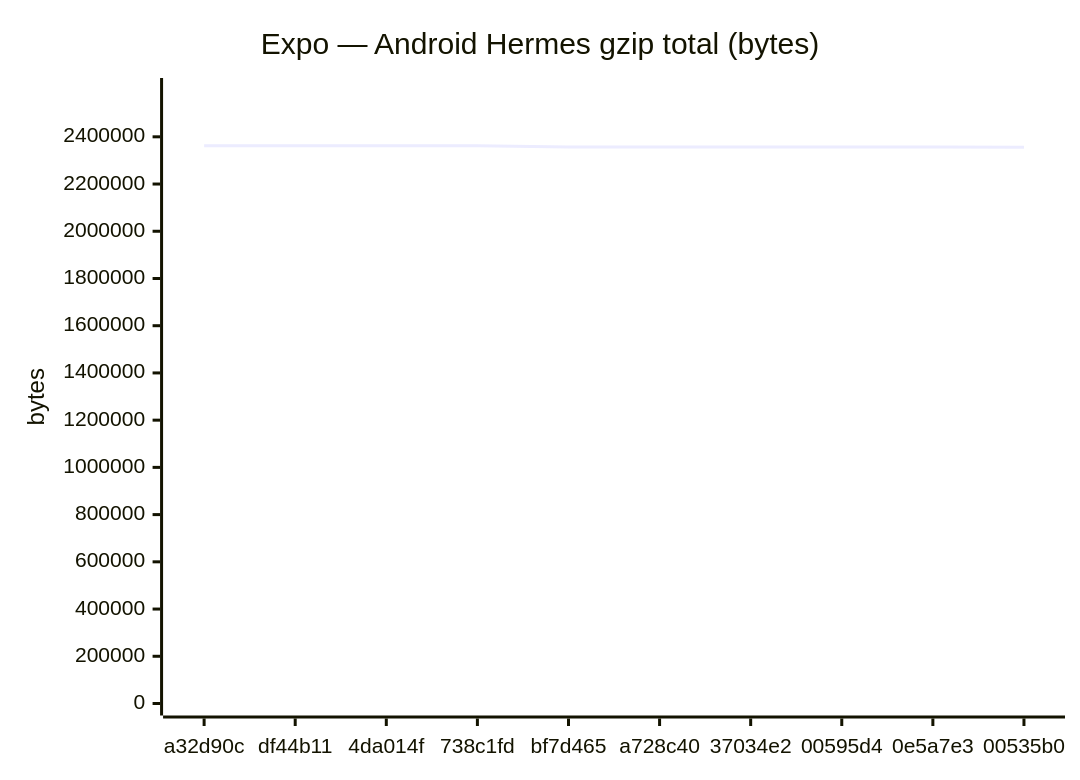
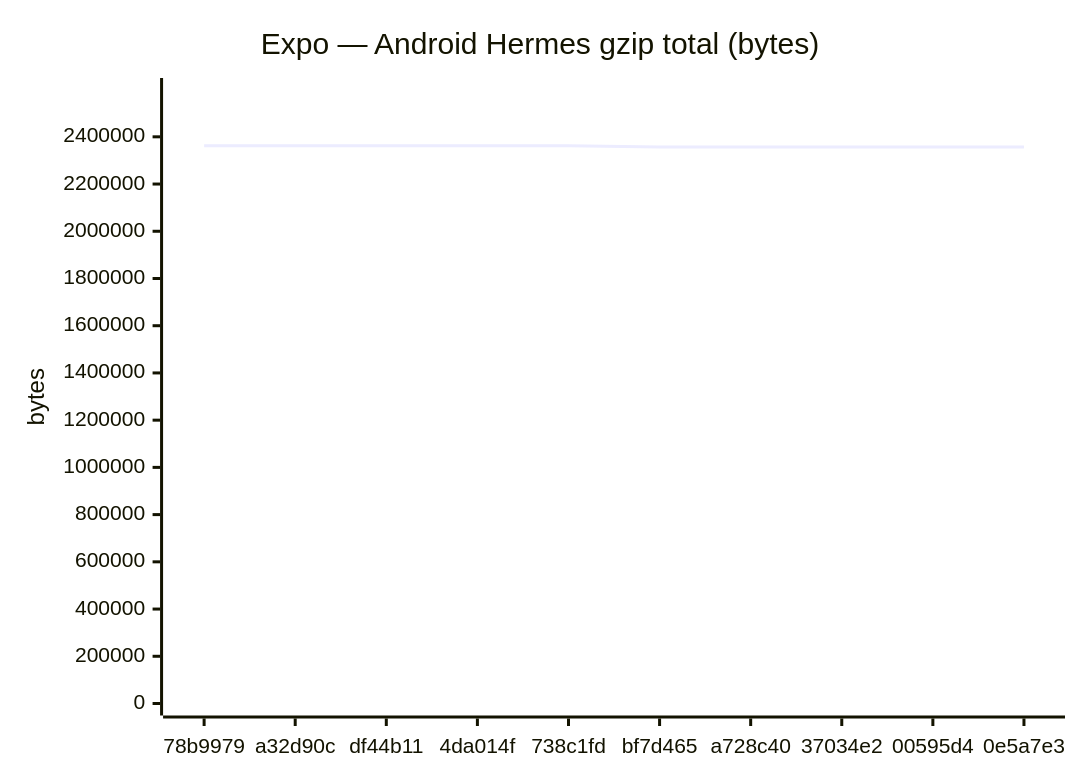
The seventh of 24 diagrams in benchmarks/compare.md (Metaheurist/Rianell), drawn with Mermaid before and after one commit. The commit also changed other lines of this file and 12 other files, not shown here.

````diff
--- a/benchmarks/compare.md
+++ b/benchmarks/compare.md
@@ -116,7 +116,7 @@
 ```mermaid
 xychart-beta
     title "Expo — Android Hermes gzip total (bytes)"
-    x-axis ["a32d90c", "df44b11", "4da014f", "738c1fd", "bf7d465", "a728c40", "37034e2", "00595d4", "0e5a7e3", "00535b0"]
-    y-axis "bytes" 0 --> 2598253
-    line [2362047, 2362047, 2362048, 2362047, 2356686, 2356685, 2356472, 2356474, 2356472, 2356301]
+    x-axis ["78b9979", "a32d90c", "df44b11", "4da014f", "738c1fd", "bf7d465", "a728c40", "37034e2", "00595d4", "0e5a7e3"]
+    y-axis "bytes" 0 --> 2598293
+    line [2362084, 2362047, 2362047, 2362048, 2362047, 2356686, 2356685, 2356472, 2356474, 2356472]
 ```
````
